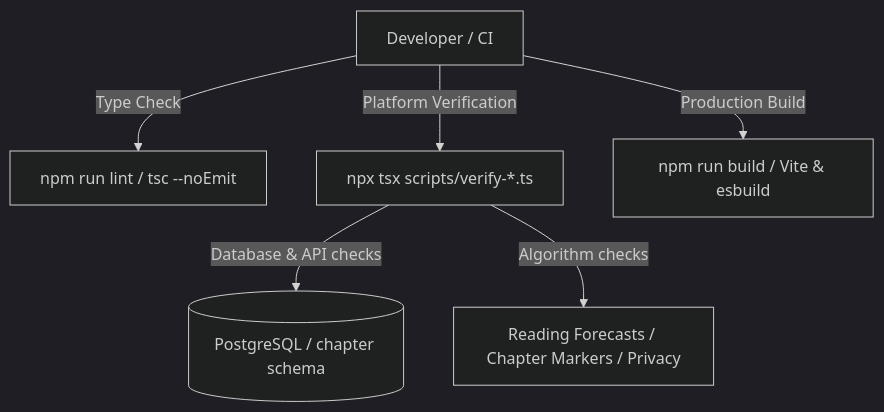
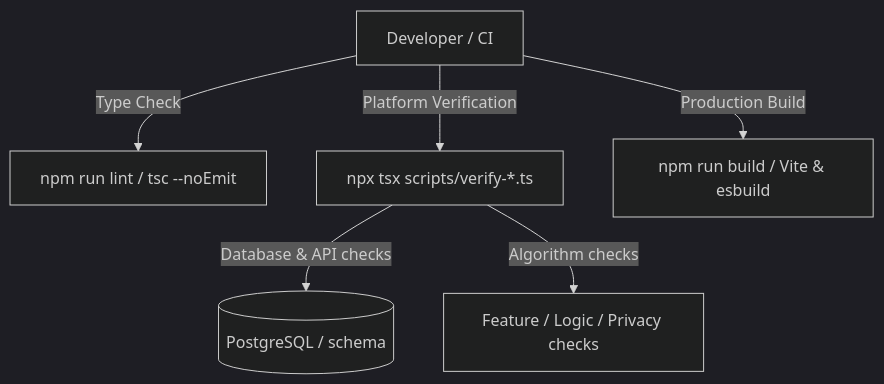
The diagram in openwiki/testing/testing-guide.md (tuanhuytruong/chapter), drawn with Mermaid (dark theme) before and after one commit. The commit also changed other lines of this file and 29 other files, not shown here.

````diff
--- a/openwiki/testing/testing-guide.md
+++ b/openwiki/testing/testing-guide.md
@@ -25,8 +25,8 @@
 ```mermaid
 flowchart TD
     Developer[Developer / CI] -->|Type Check| Lint[npm run lint / tsc --noEmit]
     Developer -->|Platform Verification| Scripts[npx tsx scripts/verify-*.ts]
     Developer -->|Production Build| Build[npm run build / Vite & esbuild]
-    Scripts -->|Database & API checks| DB[(PostgreSQL / chapter schema)]
-    Scripts -->|Algorithm checks| Logic[Reading Forecasts / Chapter Markers / Privacy]
+    Scripts -->|Database & API checks| DB[(PostgreSQL / schema)]
+    Scripts -->|Algorithm checks| Logic[Feature / Logic / Privacy checks]
 ```
````
